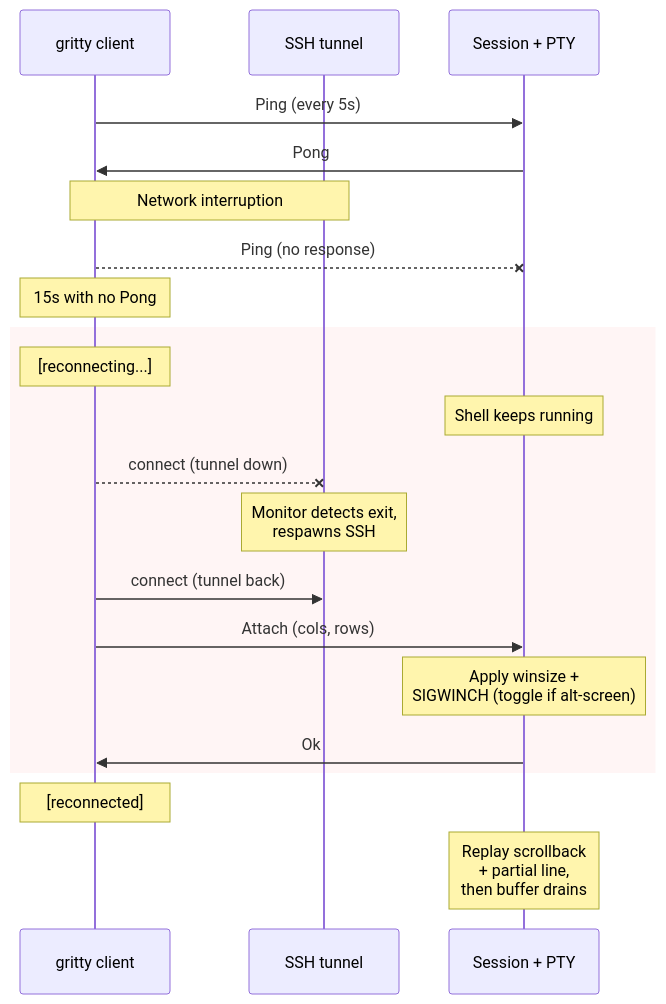
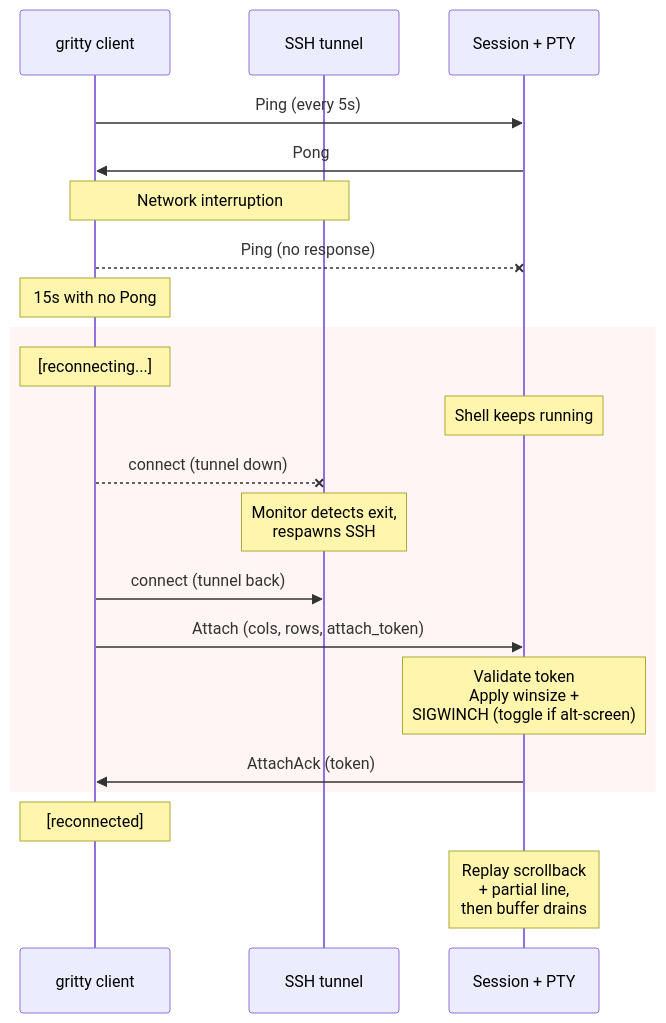
Before and after one commit to chipturner/gritty: the second of 3 diagrams in ARCHITECTURE.md, drawn with Mermaid. The commit also changed other lines of this file and 11 other files, not shown here.

````diff
--- a/ARCHITECTURE.md
+++ b/ARCHITECTURE.md
@@ -38,27 +38,27 @@
 ```mermaid
 sequenceDiagram
     participant C as gritty client
     participant T as SSH tunnel
     participant S as Session + PTY
 
     C->>S: Ping (every 5s)
     S->>C: Pong
 
     Note over C,T: Network interruption
     C--xS: Ping (no response)
     Note over C: 15s with no Pong
 
     rect rgb(255, 245, 245)
     Note over C: [reconnecting...]
     Note over S: Shell keeps running
     C--xT: connect (tunnel down)
     Note over T: Monitor detects exit,<br/>respawns SSH
     C->>T: connect (tunnel back)
-    C->>S: Attach (cols, rows)
-    Note over S: Apply winsize +<br/>SIGWINCH (toggle if alt-screen)
-    S->>C: Ok
+    C->>S: Attach (cols, rows, attach_token)
+    Note over S: Validate token<br/>Apply winsize +<br/>SIGWINCH (toggle if alt-screen)
+    S->>C: AttachAck (token)
     end
 
     Note over C: [reconnected]
     Note over S: Replay scrollback<br/>+ partial line,<br/>then buffer drains
 ```
````
